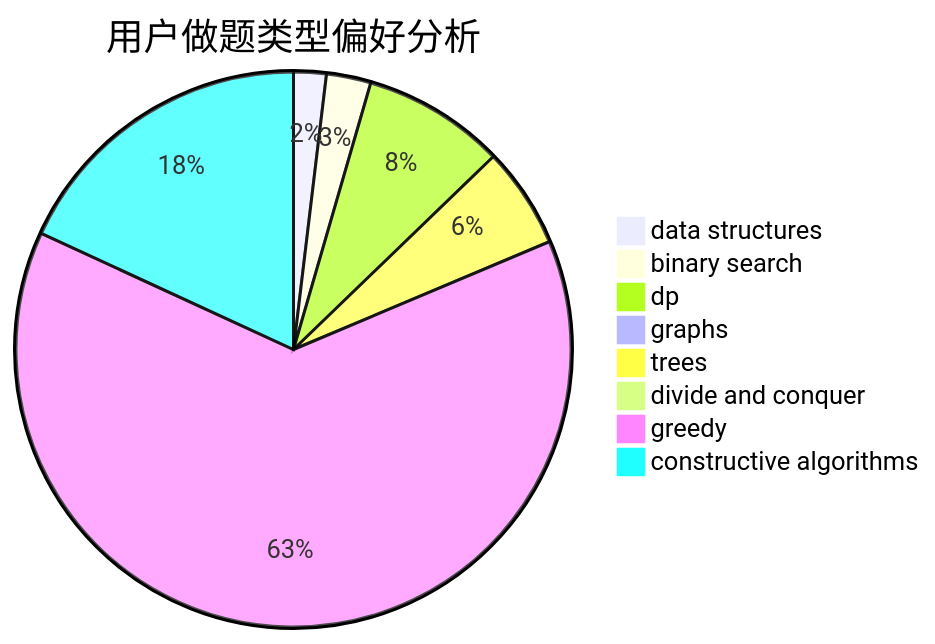
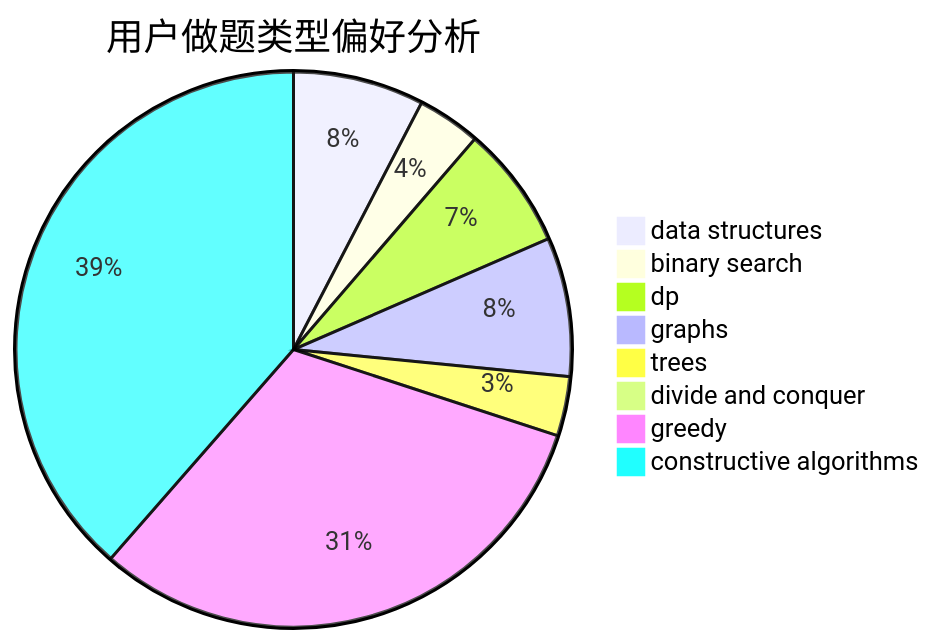
One commit to sherpahu/cfrs.github.io changed the second of 3 diagrams in docs/user/u1773.md. Above: the diagram before and after it, drawn with Mermaid. The commit also changed other lines of this file and 2770 other files, not shown here.

````diff
--- a/docs/user/u1773.md
+++ b/docs/user/u1773.md
@@ -23,11 +23,11 @@
 ```mermaid
 pie title 用户做题类型偏好分析
-    "data structures" :  11
-    "binary search" :  15
-    "dp" :  48
-    "graphs" :  3
-    "trees" :  34
-    "divide and conquer" :  3
-    "greedy" :  366
-    "constructive algorithms" :  105
+    "data structures" :  33
+    "binary search" :  16
+    "dp" :  31
+    "graphs" :  35
+    "trees" :  15
+    "divide and conquer" :  0
+    "greedy" :  136
+    "constructive algorithms" :  167
 ```
````
